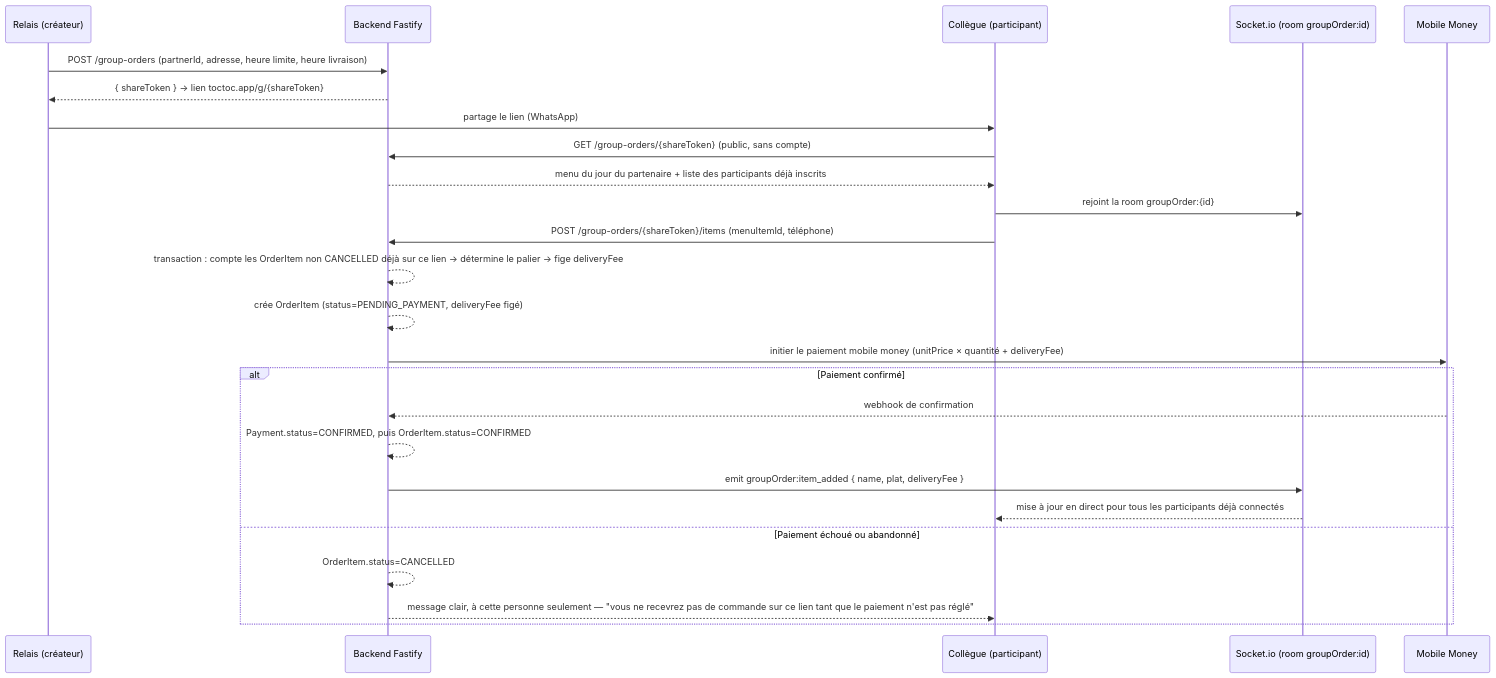
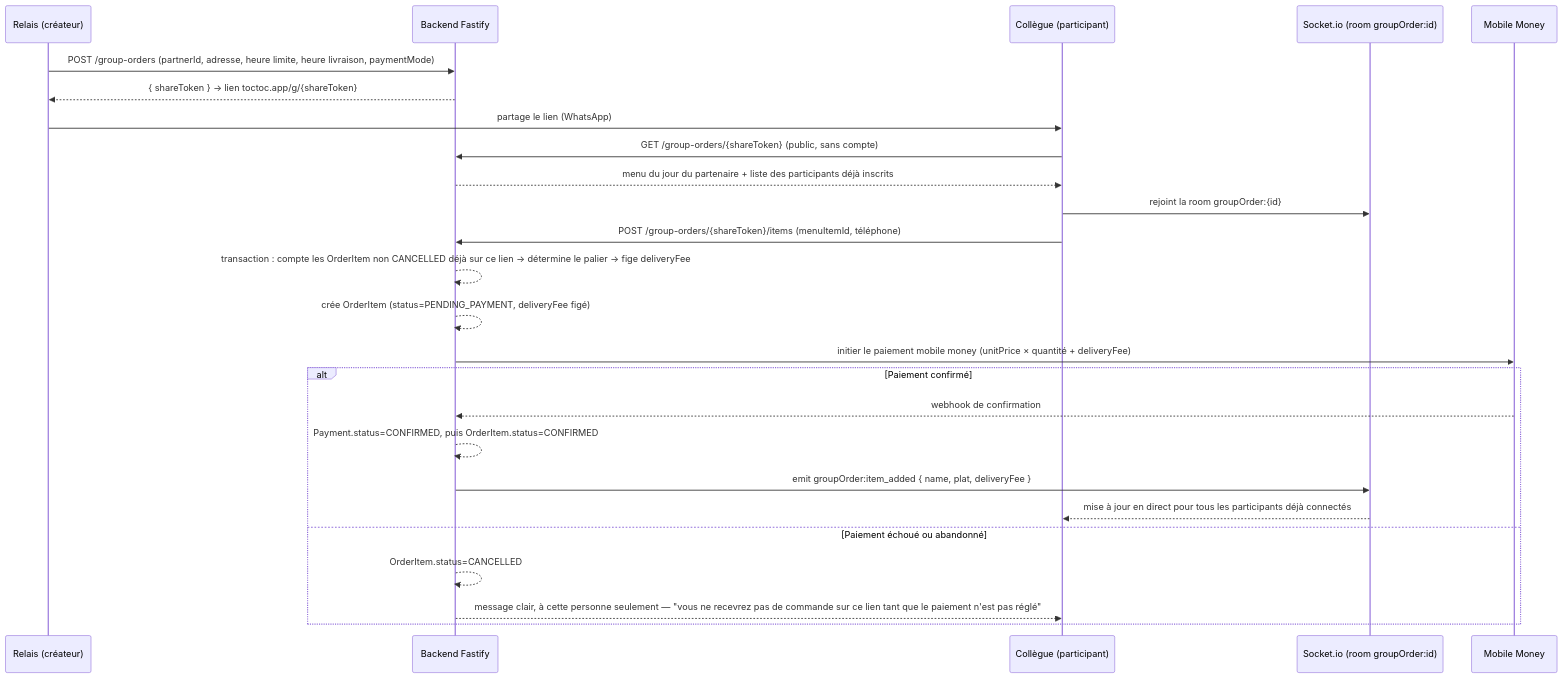
The first of 5 diagrams in docs/09-workflows.md (mtk14m/toctoc), drawn with Mermaid before and after one commit. The commit also changed other lines of this file and 6 other files, not shown here.

````diff
--- a/docs/09-workflows.md
+++ b/docs/09-workflows.md
@@ -7,31 +11,31 @@
 ```mermaid
 sequenceDiagram
     participant Relais as Relais (créateur)
     participant API as Backend Fastify
     participant Collegue as Collègue (participant)
     participant WS as Socket.io (room groupOrder:id)
     participant MM as Mobile Money
 
-    Relais->>API: POST /group-orders (partnerId, adresse, heure limite, heure livraison)
+    Relais->>API: POST /group-orders (partnerId, adresse, heure limite, heure livraison, paymentMode)
     API-->>Relais: { shareToken } → lien toctoc.app/g/{shareToken}
     Relais->>Collegue: partage le lien (WhatsApp)
 
     Collegue->>API: GET /group-orders/{shareToken} (public, sans compte)
     API-->>Collegue: menu du jour du partenaire + liste des participants déjà inscrits
     Collegue->>WS: rejoint la room groupOrder:{id}
 
     Collegue->>API: POST /group-orders/{shareToken}/items (menuItemId, téléphone)
     API-->>API: transaction : compte les OrderItem non CANCELLED déjà sur ce lien → détermine le palier → fige deliveryFee
     API-->>API: crée OrderItem (status=PENDING_PAYMENT, deliveryFee figé)
     API->>MM: initier le paiement mobile money (unitPrice × quantité + deliveryFee)
 
     alt Paiement confirmé
         MM-->>API: webhook de confirmation
         API-->>API: Payment.status=CONFIRMED, puis OrderItem.status=CONFIRMED
         API->>WS: emit groupOrder:item_added { name, plat, deliveryFee }
         WS-->>Collegue: mise à jour en direct pour tous les participants déjà connectés
     else Paiement échoué ou abandonné
         API-->>API: OrderItem.status=CANCELLED
         API-->>Collegue: message clair, à cette personne seulement — "vous ne recevrez pas de commande sur ce lien tant que le paiement n'est pas réglé"
     end
 ```
````
